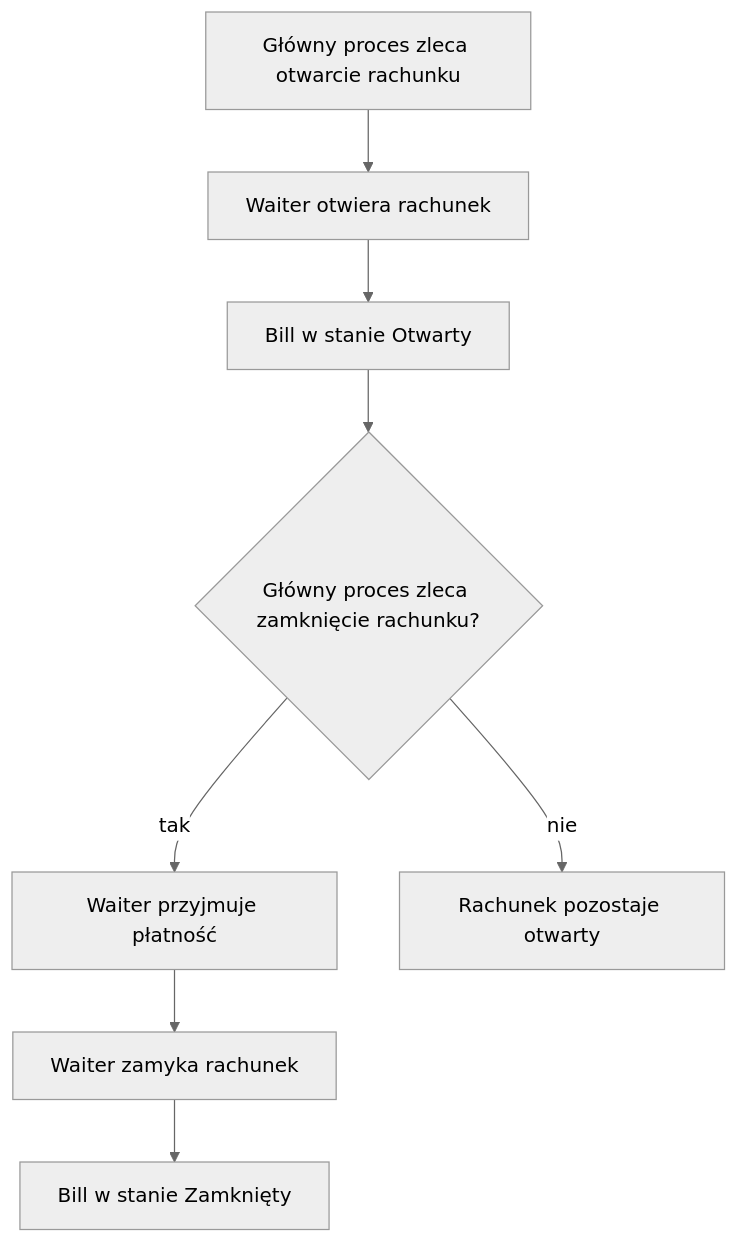
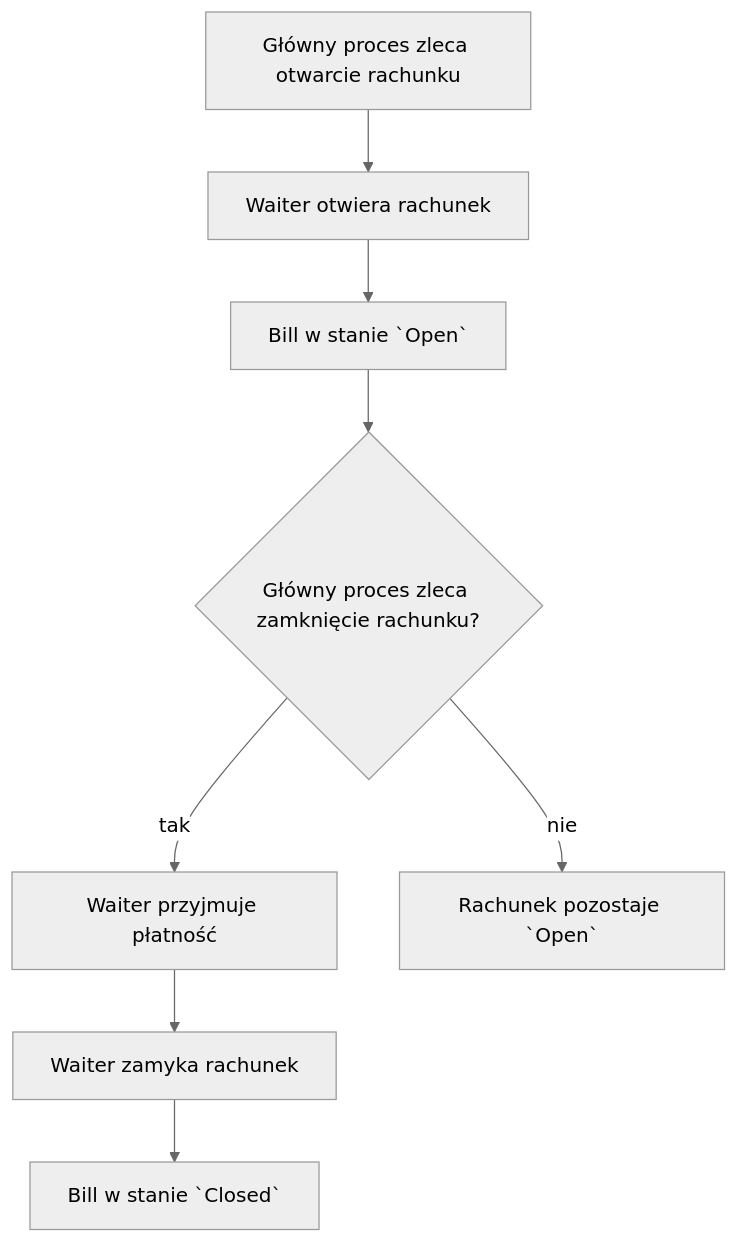
The diagram in doc/212_bill_management.md (mmalessa/pizzeria), drawn with Mermaid (neutral theme) before and after one commit. The commit also changed other lines of this file and 16 other files, not shown here.

````diff
--- a/doc/212_bill_management.md
+++ b/doc/212_bill_management.md
@@ -32,12 +32,12 @@
 ```mermaid
 flowchart TD
 
 A[Główny proces zleca otwarcie rachunku]
 --> B[Waiter otwiera rachunek]
---> C[Bill w stanie Otwarty]
+--> C[Bill w stanie `Open`]
 --> D{Główny proces zleca zamknięcie rachunku?}
 D -->|tak| E[Waiter przyjmuje płatność]
 E --> F[Waiter zamyka rachunek]
-F --> G[Bill w stanie Zamknięty]
-D -->|nie| H[Rachunek pozostaje otwarty]
+F --> G[Bill w stanie `Closed`]
+D -->|nie| H[Rachunek pozostaje `Open`]
 ```
````
